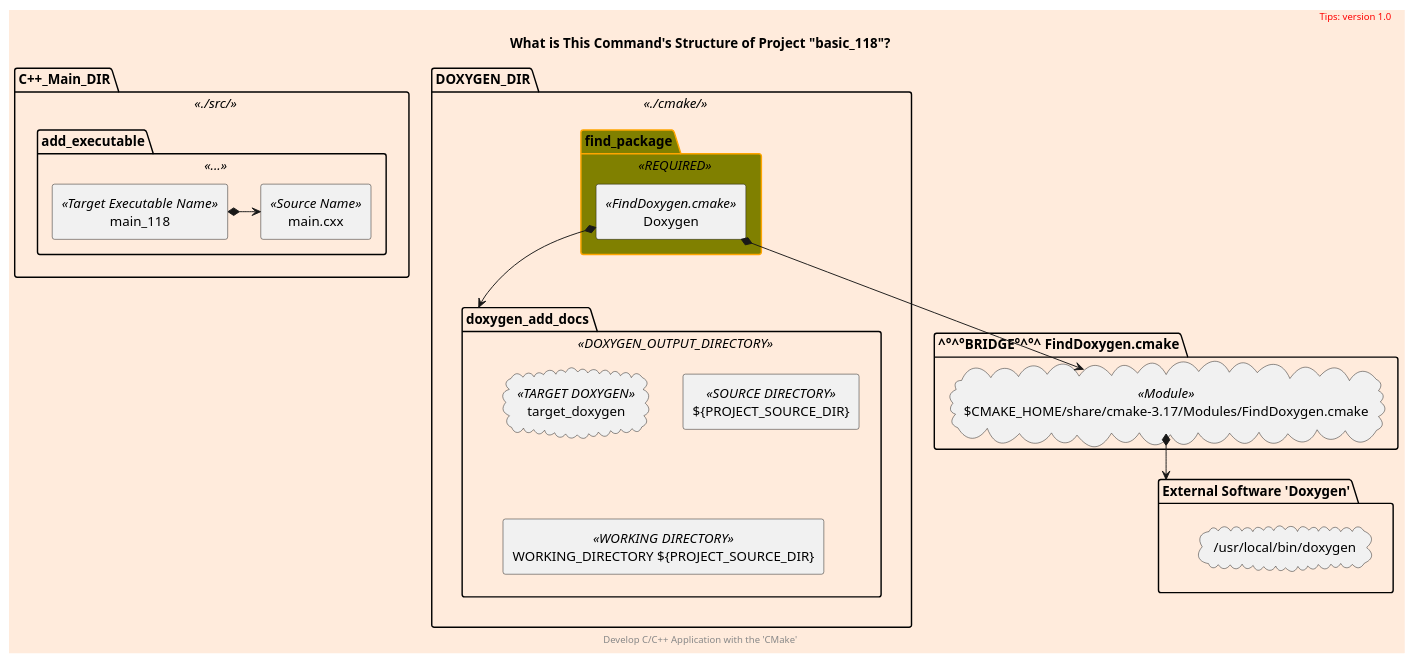
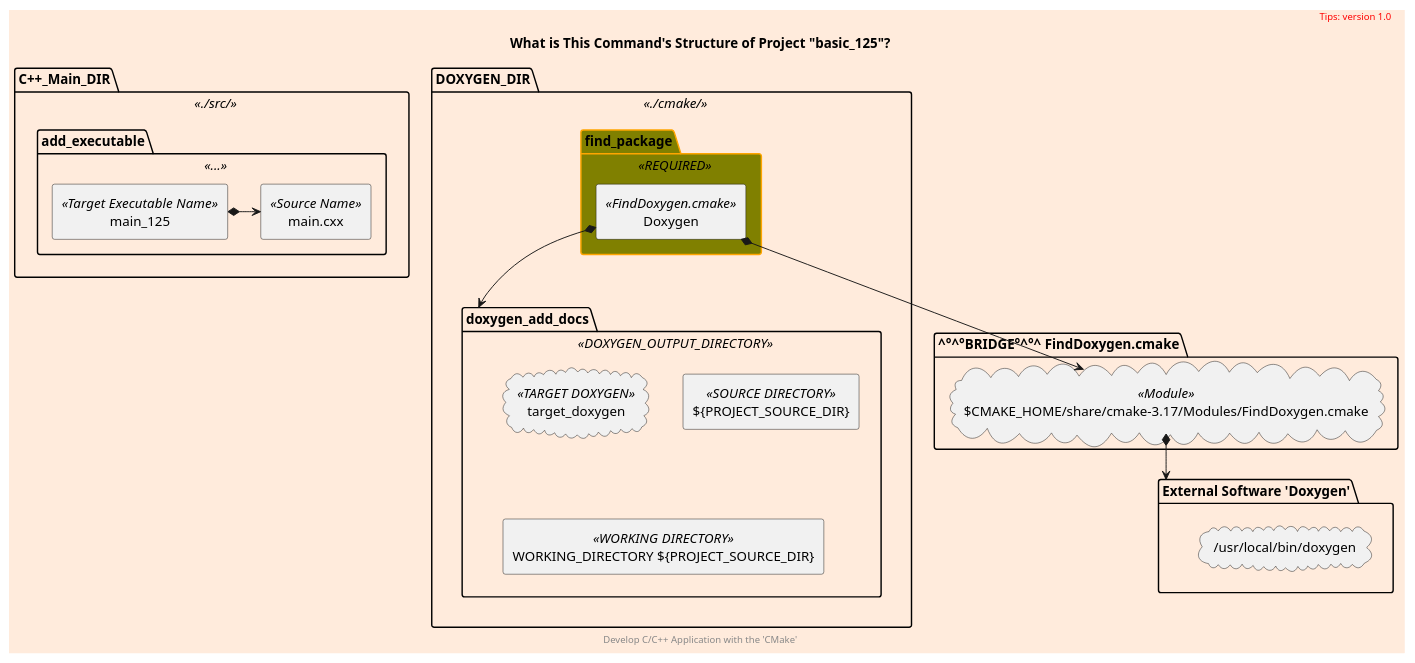
Before and after one commit to cnruby/w3h1_cmake: the diagram in docs/what-command.puml, drawn with PlantUML. The commit also changed 19 other files, not shown here.

```diff
--- a/docs/what-command.puml
+++ b/docs/what-command.puml
@@ -1,58 +1,58 @@
 @startuml
 scale 800 width
 skinparam backgroundColor #FFEBDC
 scale 1
 
 skinparam Folder {
   backgroundColor Olive
   borderColor orange
 }
 
 'left to right direction
 package C++_Main_DIR <<./src/>> as cxx_main {
     package add_executable <<...>> {
-        rectangle main_118 <<Target Executable Name>> as main_118
+        rectangle main_125 <<Target Executable Name>> as main_125
         rectangle main.cxx <<Source Name>> as main_cxx
     }
-    main_118 *-right-> main_cxx
+    main_125 *-right-> main_cxx
 }
 
 package DOXYGEN_DIR <<./cmake/>> as doxygen_dir {
     package doxygen_add_docs <<DOXYGEN_OUTPUT_DIRECTORY>> {
         cloud target_doxygen <<TARGET DOXYGEN>> as target_doxygen
         rectangle "${PROJECT_SOURCE_DIR}" <<SOURCE DIRECTORY>> as source_directory
         rectangle "WORKING_DIRECTORY ${PROJECT_SOURCE_DIR}" <<WORKING DIRECTORY>> as working_directory
     }
 
     Folder find_package <<REQUIRED>> as find_package {
         rectangle Doxygen <<FindDoxygen.cmake>> as Doxygen
     }
 
     Doxygen *--> doxygen_add_docs
 }
 
 package "^°^°BRIDGE°^°^ FindDoxygen.cmake" as FindDoxygen {
     'CMAKE_HOME=/Applications/CMake.app/Contents/
     cloud "$CMAKE_HOME/share/cmake-3.17/Modules/FindDoxygen.cmake" <<Module>> as find_doxygen
 }
 
 package "External Software 'Doxygen'" as doxygen {
     cloud "/usr/local/bin/doxygen"
 }
 
 
 Doxygen *--> find_doxygen
 find_doxygen *--> doxygen
 
 
 title
-    What is This Command's Structure of Project "basic_118"?
+    What is This Command's Structure of Project "basic_125"?
 end title
 
 header
 <font color=red>Tips: version 1.0</font>
 endheader
 
 center footer Develop C/C++ Application with the 'CMake'
 
 @enduml
```
